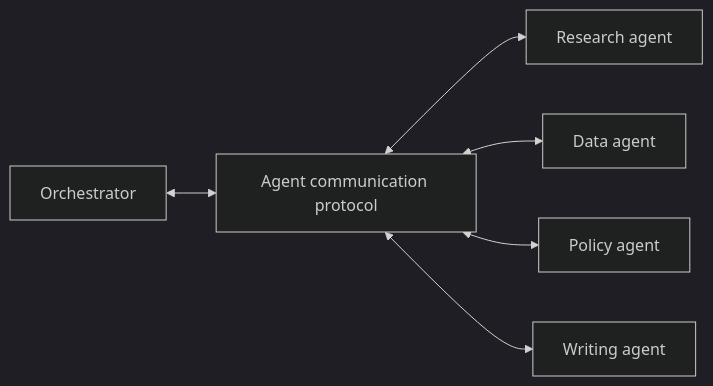
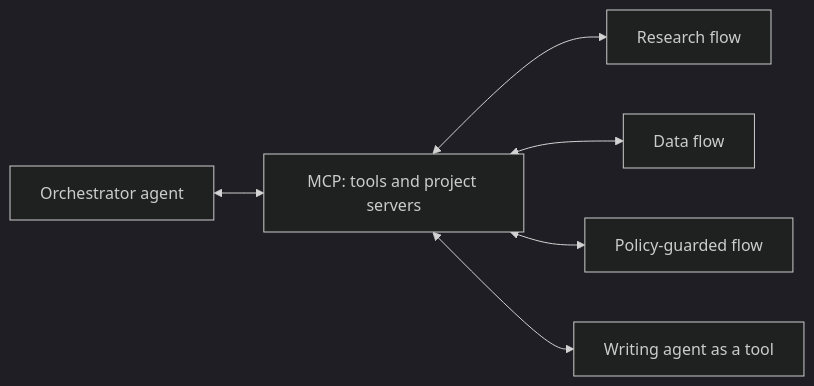
The fourth of 9 diagrams in book/chapters/chapter-07-the-future-of-agentic-ai-and-your-role.md (naren-allam/agents-beginners), drawn with Mermaid (dark theme) before and after one commit. The commit also changed other lines of this file and 28 other files, not shown here.

````diff
--- a/book/chapters/chapter-07-the-future-of-agentic-ai-and-your-role.md
+++ b/book/chapters/chapter-07-the-future-of-agentic-ai-and-your-role.md
@@ -99,15 +104,15 @@
 ```mermaid
 flowchart LR
-    Orchestrator["Orchestrator"]
-    Research["Research agent"]
-    Data["Data agent"]
-    Policy["Policy agent"]
-    Writing["Writing agent"]
-    Protocol["Agent communication protocol"]
+    Orchestrator["Orchestrator agent"]
+    MCP["MCP: tools and project servers"]
+    Research["Research flow"]
+    Data["Data flow"]
+    Policy["Policy-guarded flow"]
+    Writing["Writing agent as a tool"]
 
-    Orchestrator <--> Protocol
-    Protocol <--> Research
-    Protocol <--> Data
-    Protocol <--> Policy
-    Protocol <--> Writing
+    Orchestrator <--> MCP
+    MCP <--> Research
+    MCP <--> Data
+    MCP <--> Policy
+    MCP <--> Writing
 ```
````
